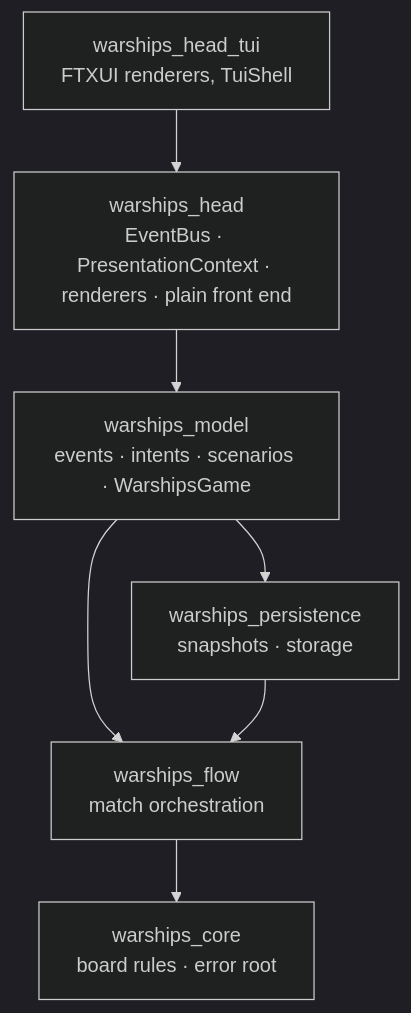
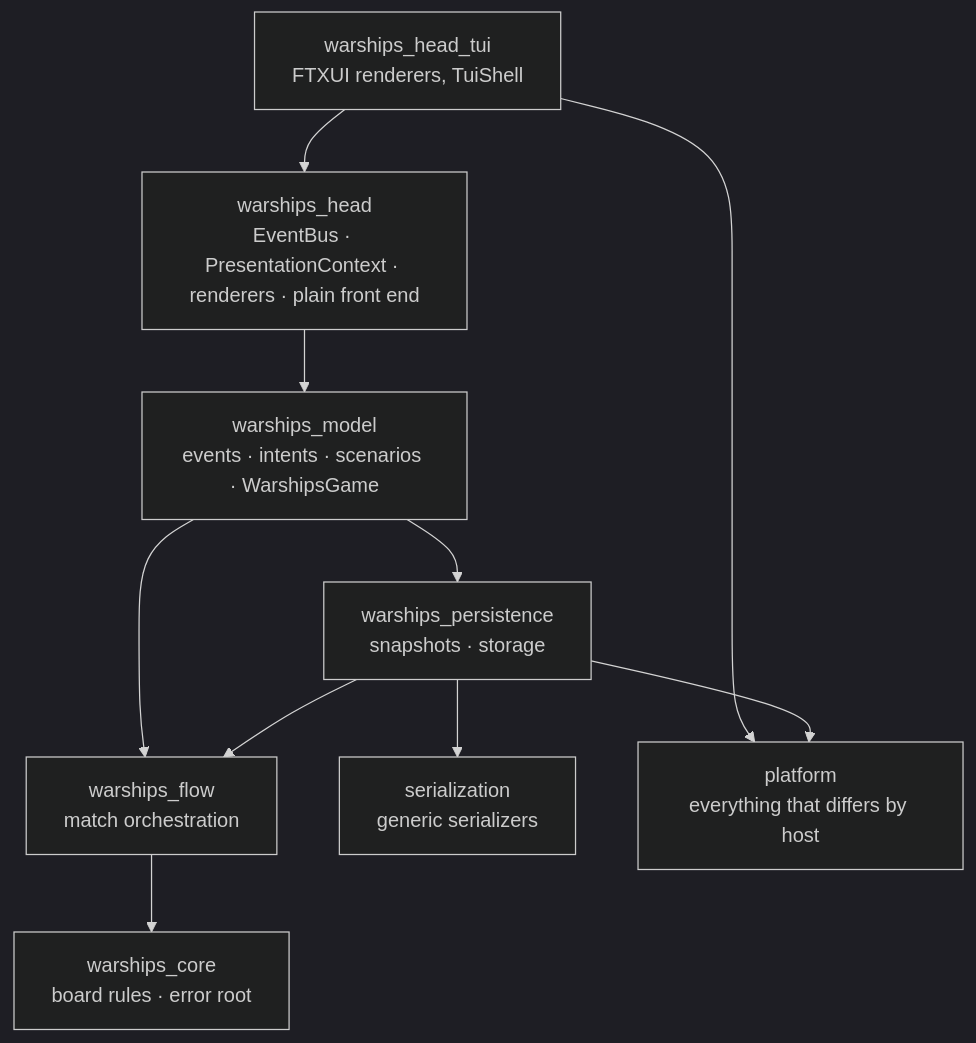
Before and after one commit to isoldpower/cpp-warships: the first of 2 diagrams in README.md, drawn with Mermaid (dark theme). The commit also changed other lines of this file and 61 other files, not shown here.

````diff
--- a/README.md
+++ b/README.md
@@ -38,16 +38,22 @@
 ```mermaid
 flowchart TB
     tui["warships_head_tui<br/>FTXUI renderers, TuiShell"]
     head["warships_head<br/>EventBus · PresentationContext · renderers · plain front end"]
     model["warships_model<br/>events · intents · scenarios · WarshipsGame"]
     persistence["warships_persistence<br/>snapshots · storage"]
     flow["warships_flow<br/>match orchestration"]
     core["warships_core<br/>board rules · error root"]
 
+    serialization["serialization<br/>generic serializers"]
+    platform["platform<br/>everything that differs by host"]
+
     tui --> head
+    tui --> platform
     head --> model
     model --> persistence
     model --> flow
     persistence --> flow
+    persistence --> serialization
+    persistence --> platform
     flow --> core
 ```
````
